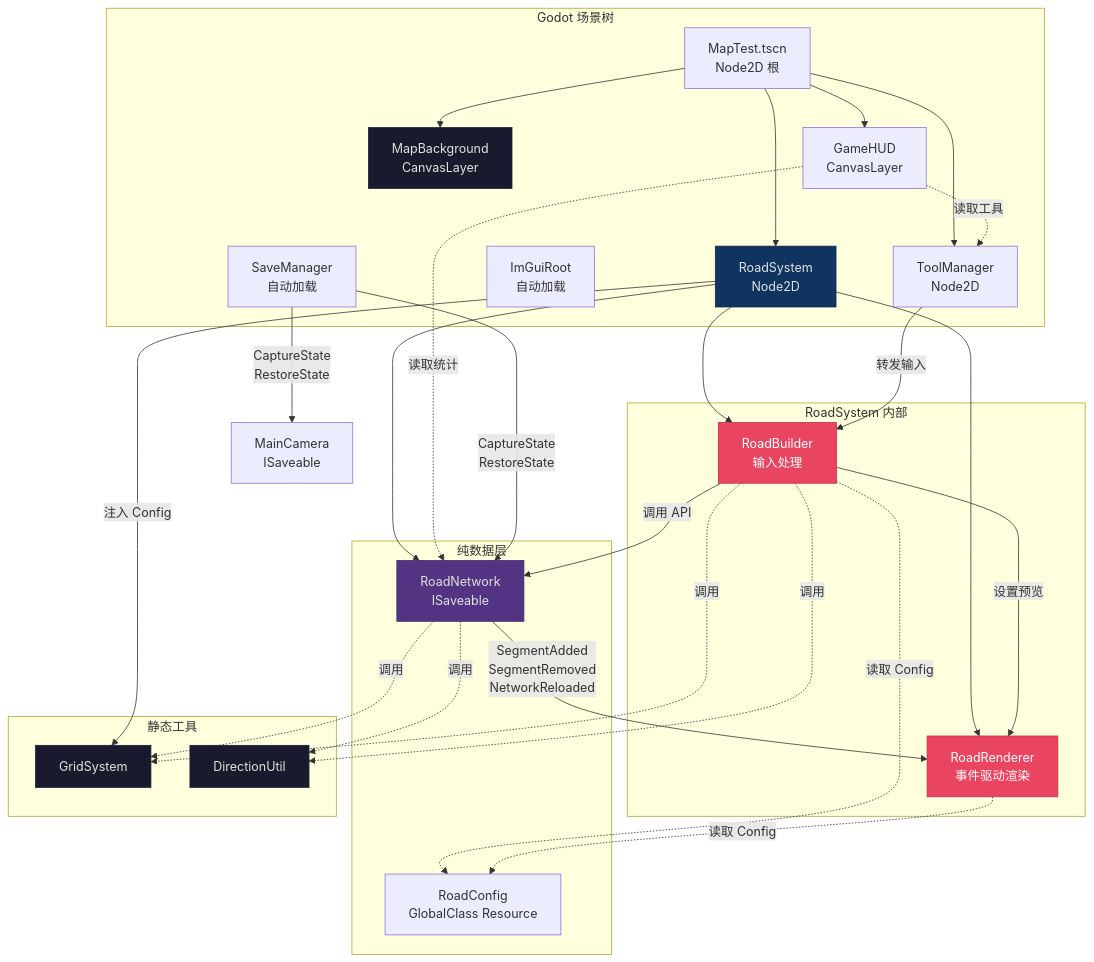
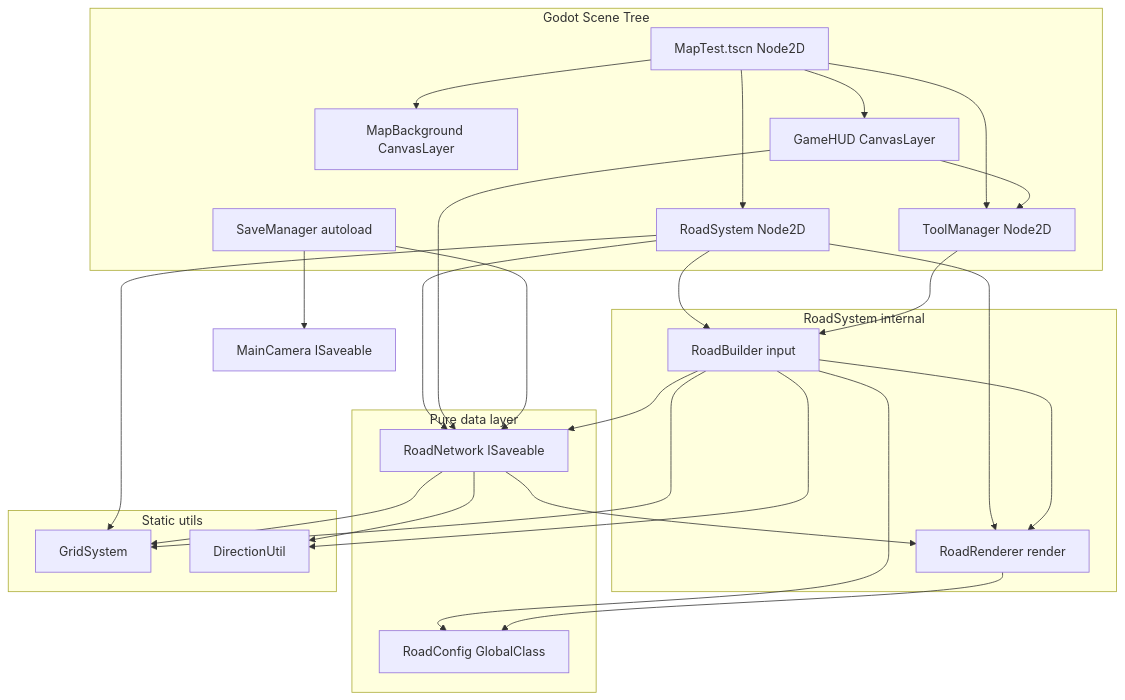
The first of 9 diagrams in docs/game-logic.md (xianfishyu/SimpleCities), drawn with Mermaid before and after one commit. The commit also changed other lines of this file, not shown here.

First line of the commit message:
#重写：game-logic.md Mermaid图表全面简化

````diff
--- a/docs/game-logic.md
+++ b/docs/game-logic.md
@@ -9,64 +9,52 @@
 ```mermaid
 graph TB
-    subgraph Godot["Godot 场景树"]
-        MapTest["MapTest.tscn<br/>Node2D 根"]
-        MapBg["MapBackground<br/>CanvasLayer"]
-        RoadSys["RoadSystem<br/>Node2D"]
-        ToolMgr["ToolManager<br/>Node2D"]
-        GameHUD["GameHUD<br/>CanvasLayer"]
-        ImGuiRoot["ImGuiRoot<br/>自动加载"]
-        SaveMgr["SaveManager<br/>自动加载"]
+    subgraph Scene["Godot Scene Tree"]
+        MapTest["MapTest.tscn Node2D"]
+        MapBg["MapBackground CanvasLayer"]
+        RoadSys["RoadSystem Node2D"]
+        ToolMgr["ToolManager Node2D"]
+        GameHUD["GameHUD CanvasLayer"]
+        SaveMgr["SaveManager autoload"]
     end
 
-    subgraph RoadSys_internal["RoadSystem 内部"]
-        RoadBuilder["RoadBuilder<br/>输入处理"]
-        RoadRenderer["RoadRenderer<br/>事件驱动渲染"]
+    subgraph RoadSysInternal["RoadSystem internal"]
+        RoadBuilder["RoadBuilder input"]
+        RoadRenderer["RoadRenderer render"]
     end
 
-    subgraph Data["纯数据层"]
-        RoadNetwork["RoadNetwork<br/>ISaveable"]
-        RoadConfig["RoadConfig<br/>GlobalClass Resource"]
+    subgraph DataLayer["Pure data layer"]
+        RoadNetwork["RoadNetwork ISaveable"]
+        RoadConfig["RoadConfig GlobalClass"]
     end
 
-    subgraph StaticUtils["静态工具"]
+    subgraph Utils["Static utils"]
         GridSystem["GridSystem"]
         DirectionUtil["DirectionUtil"]
     end
 
     MapTest --> MapBg
     MapTest --> RoadSys
     MapTest --> ToolMgr
     MapTest --> GameHUD
 
     RoadSys --> RoadBuilder
     RoadSys --> RoadRenderer
     RoadSys --> RoadNetwork
-    RoadSys -->|"注入 Config"| GridSystem
+    RoadSys --> GridSystem
 
-    RoadBuilder -->|"调用 API"| RoadNetwork
-    RoadBuilder -->|"设置预览"| RoadRenderer
-    RoadBuilder -.->|"读取 Config"| RoadConfig
+    RoadBuilder --> RoadNetwork
+    RoadBuilder --> RoadRenderer
+    RoadBuilder --> RoadConfig
+    RoadRenderer --> RoadConfig
+    RoadBuilder --> GridSystem
+    RoadBuilder --> DirectionUtil
+    RoadNetwork --> GridSystem
+    RoadNetwork --> DirectionUtil
 
-    RoadNetwork -->|"SegmentAdded<br/>SegmentRemoved<br/>NetworkReloaded"| RoadRenderer
-
-    RoadRenderer -.->|"读取 Config"| RoadConfig
-    RoadBuilder -.->|"调用"| GridSystem
-    RoadBuilder -.->|"调用"| DirectionUtil
-    RoadNetwork -.->|"调用"| GridSystem
-    RoadNetwork -.->|"调用"| DirectionUtil
-
-    ToolMgr -->|"转发输入"| RoadBuilder
-    GameHUD -.->|"读取统计"| RoadNetwork
-    GameHUD -.->|"读取工具"| ToolMgr
-
-    SaveMgr -->|"CaptureState<br/>RestoreState"| RoadNetwork
-    SaveMgr -->|"CaptureState<br/>RestoreState"| MainCamera["MainCamera<br/>ISaveable"]
-
-    style MapBg fill:#1a1a2e,stroke:#16213e,color:#e0e0e0
-    style RoadSys fill:#0f3460,stroke:#16213e,color:#e0e0e0
-    style RoadNetwork fill:#533483,stroke:#3d2c6b,color:#e0e0e0
-    style RoadBuilder fill:#e94560,stroke:#c23152,color:#fff
-    style RoadRenderer fill:#e94560,stroke:#c23152,color:#fff
-    style GridSystem fill:#1a1a2e,stroke:#16213e,color:#e0e0e0
-    style DirectionUtil fill:#1a1a2e,stroke:#16213e,color:#e0e0e0
+    RoadNetwork --> RoadRenderer
+    ToolMgr --> RoadBuilder
+    GameHUD --> RoadNetwork
+    GameHUD --> ToolMgr
+    SaveMgr --> RoadNetwork
+    SaveMgr --> MainCamera["MainCamera ISaveable"]
 ```
````
